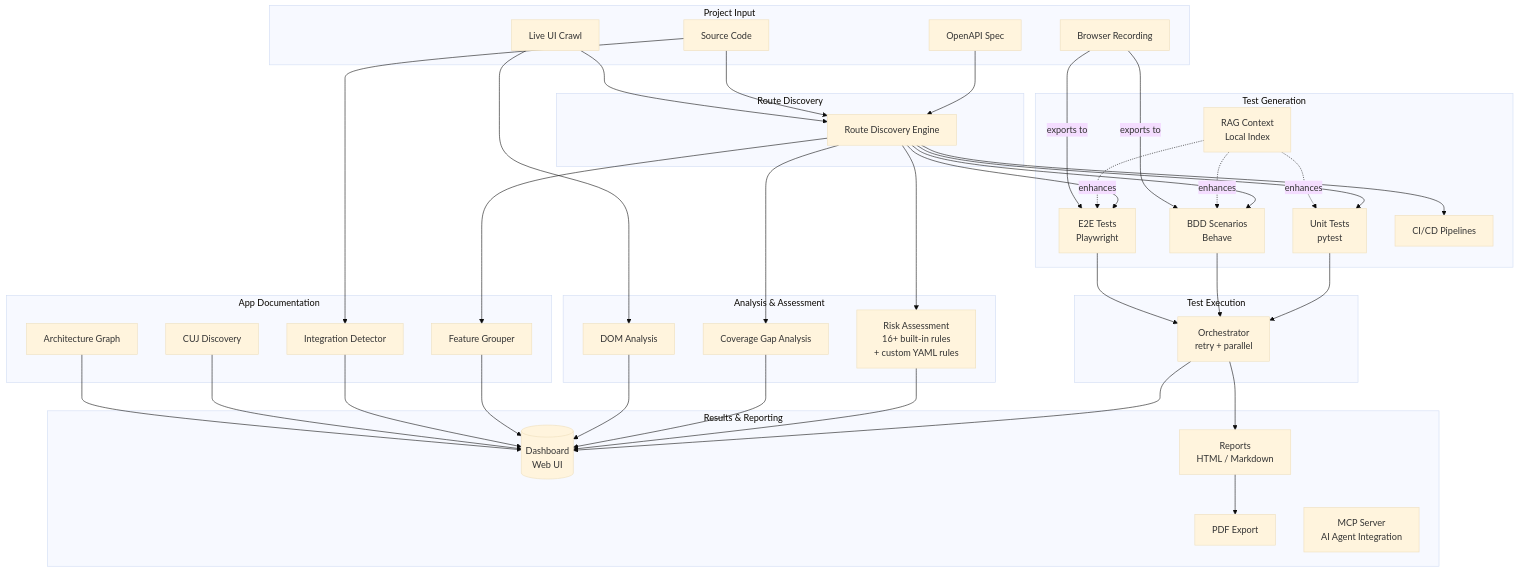
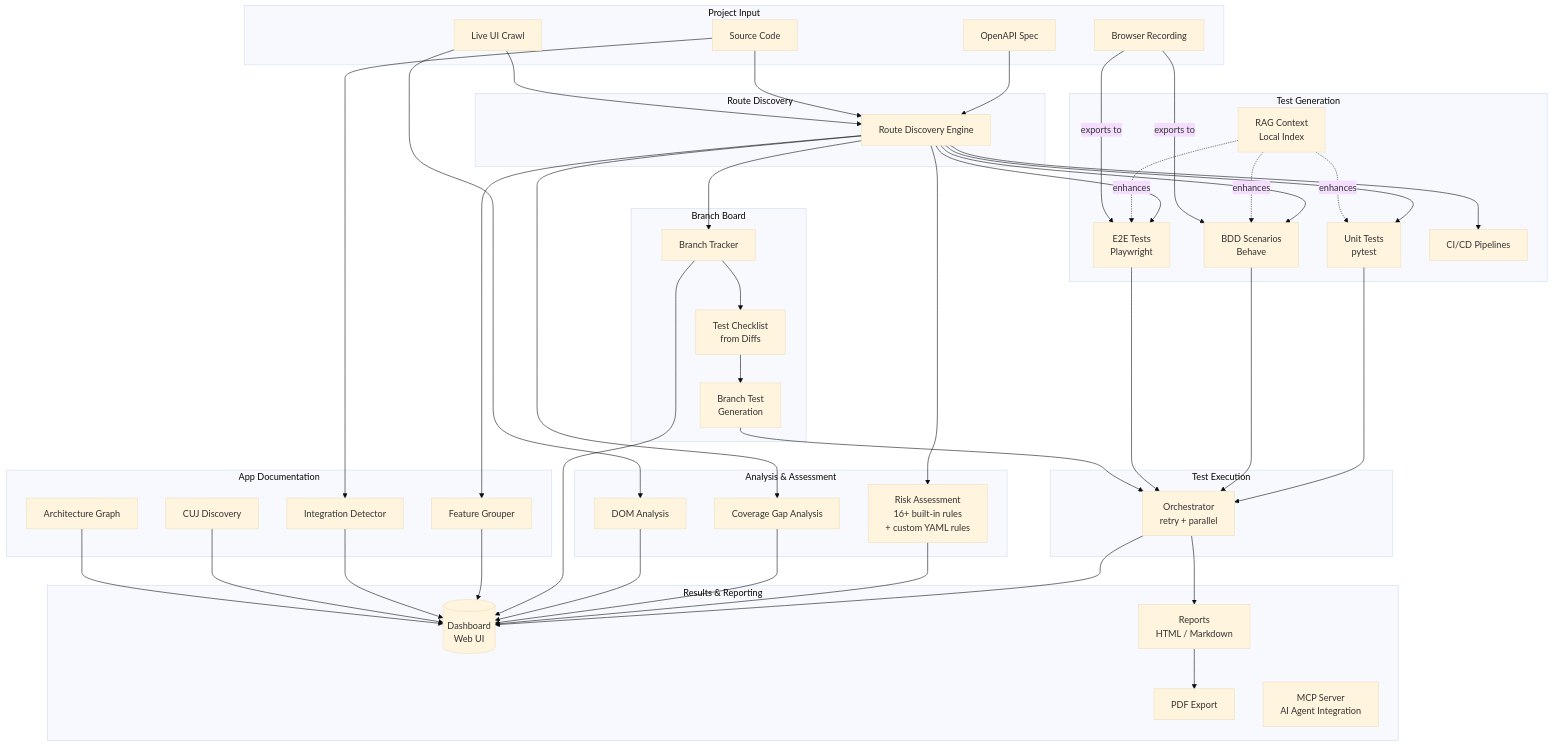
One commit to jblacketter/qaagent changed the second of 6 diagrams in docs/UI_GETTING_STARTED.md. Above: the diagram before and after it, drawn with Mermaid (base theme). The commit also changed other lines of this file and 5 other files, not shown here.

First line of the commit message:
Document Branch Board feature and add landing page card

```diff
--- a/docs/UI_GETTING_STARTED.md
+++ b/docs/UI_GETTING_STARTED.md
@@ -190,6 +191,17 @@
         REP --> PDF
     end
 
+    subgraph BranchBoard["Branch Board"]
+        BT[Branch Tracker]
+        BC[Test Checklist<br/>from Diffs]
+        BTG[Branch Test<br/>Generation]
+        RD --> BT
+        BT --> BC
+        BC --> BTG
+        BTG --> OR
+        BT --> DB
+    end
+
     subgraph Documentation["App Documentation"]
         FG[Feature Grouper]
         ID[Integration Detector]
```
